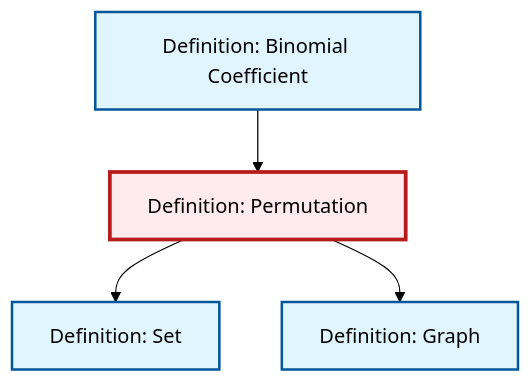
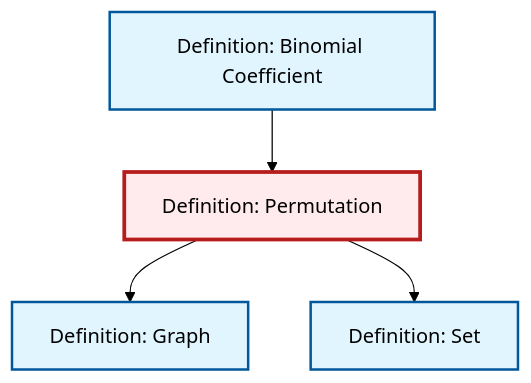
One commit to RK0429/ModernMath changed the diagram in content/ja/combinatorics/def-permutation.qmd. Above: the diagram before and after it, drawn with Mermaid (forest theme). The commit also changed other lines of this file and 615 other files, not shown here.

````diff
--- a/content/ja/combinatorics/def-permutation.qmd
+++ b/content/ja/combinatorics/def-permutation.qmd
@@ -53,20 +53,20 @@
 ```{mermaid}
 %%| fig-cap: "Local dependency graph"
 graph TD
     classDef definition fill:#e1f5fe,stroke:#01579b,stroke-width:2px
     classDef theorem fill:#f3e5f5,stroke:#4a148c,stroke-width:2px
     classDef axiom fill:#fff3e0,stroke:#e65100,stroke-width:2px
     classDef example fill:#e8f5e9,stroke:#1b5e20,stroke-width:2px
     classDef current fill:#ffebee,stroke:#b71c1c,stroke-width:3px
+    def-binomial-coefficient["Definition: Binomial Coefficient"]:::definition
+    def-permutation["Definition: Permutation"]:::definition
+    def-set["Definition: Set"]:::definition
     def-graph["Definition: Graph"]:::definition
-    def-permutation["Definition: Permutation"]:::definition
-    def-binomial-coefficient["Definition: Binomial Coefficient"]:::definition
-    def-set["Definition: Set"]:::definition
     def-binomial-coefficient --> def-permutation
+    def-permutation --> def-graph
     def-permutation --> def-set
-    def-permutation --> def-graph
     class def-permutation current
-    click def-graph "def-graph.html" "Definition: Graphへ"
     click def-binomial-coefficient "def-binomial-coefficient.html" "Definition: Binomial Coefficientへ"
     click def-set "def-set.html" "Definition: Setへ"
+    click def-graph "def-graph.html" "Definition: Graphへ"
 ```
````
